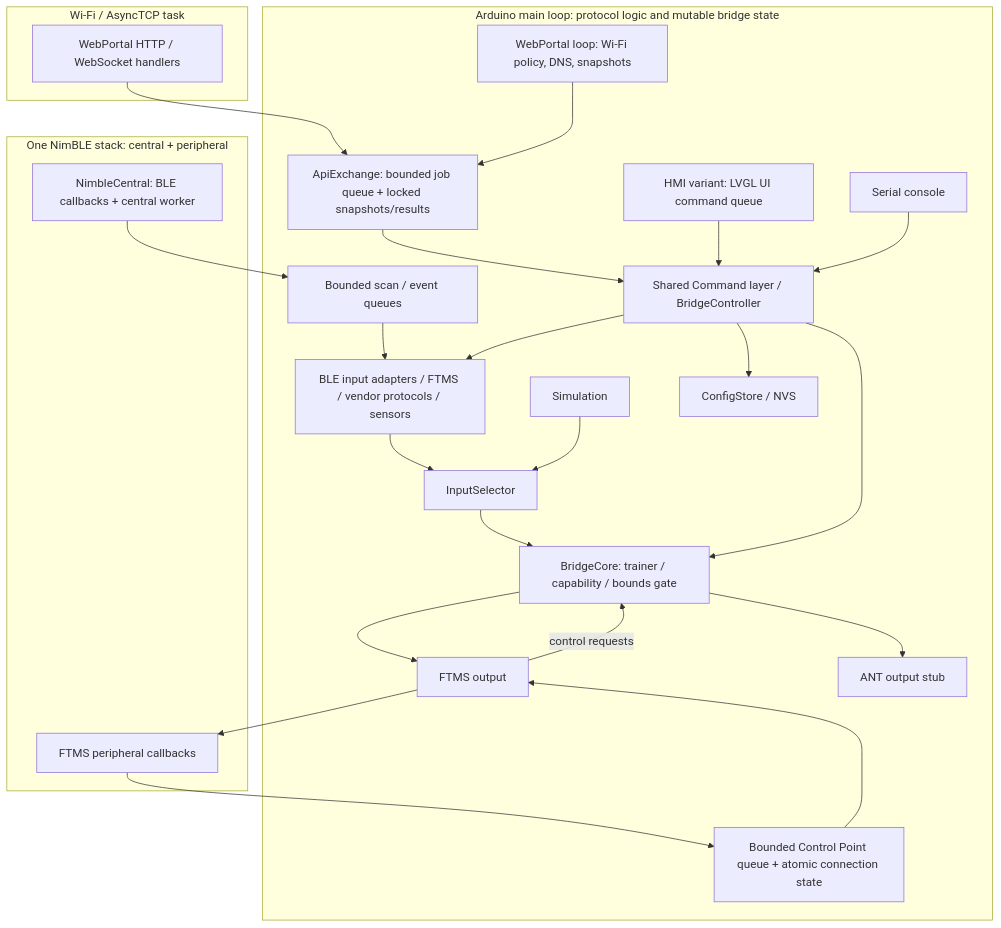
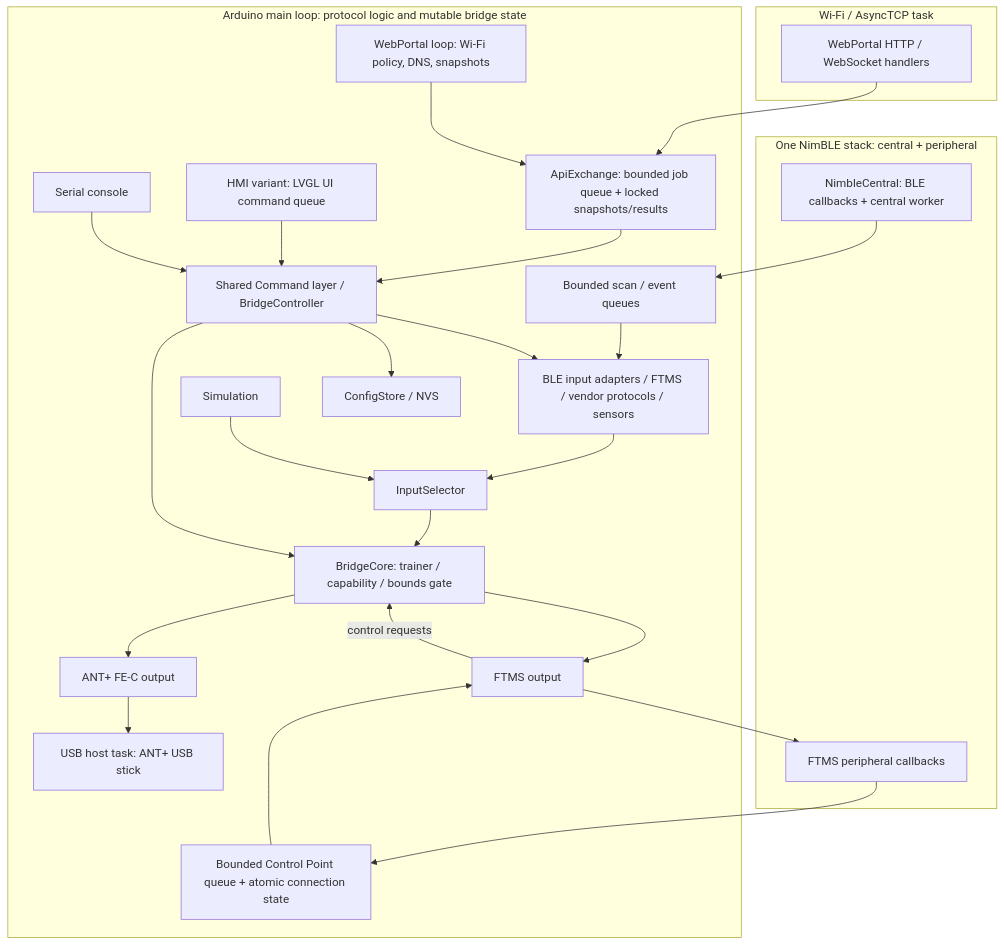
One commit to hubwerk/smartfitness-bridge changed the diagram in README.md. Above: the diagram before and after it, drawn with Mermaid. The commit also changed other lines of this file and 3 other files, not shown here.

Commit message:
Document ANT+ FE-C output and output protocol; add ramp-angle FTMS test

````diff
--- a/README.md
+++ b/README.md
@@ -211,31 +215,32 @@
 ```mermaid
 flowchart TD
   subgraph radio["One NimBLE stack: central + peripheral"]
     NC["NimbleCentral: BLE callbacks + central worker"]
     FP["FTMS peripheral callbacks"]
   end
   subgraph wifi["Wi-Fi / AsyncTCP task"]
     HTTP["WebPortal HTTP / WebSocket handlers"]
   end
   NC --> SQ["Bounded scan / event queues"]
   FP --> CQ["Bounded Control Point queue + atomic connection state"]
   HTTP --> API["ApiExchange: bounded job queue + locked snapshots/results"]
   subgraph loop["Arduino main loop: protocol logic and mutable bridge state"]
     SQ --> BLE["BLE input adapters / FTMS / vendor protocols / sensors"]
     BLE --> IS["InputSelector"]
     SIM["Simulation"] --> IS
     IS --> CORE["BridgeCore: trainer / capability / bounds gate"]
     CORE --> OUT["FTMS output"]
-    CORE --> ANT["ANT output stub"]
+    CORE --> ANT["ANT+ FE-C output"]
+    ANT --> USBH["USB host task: ANT+ USB stick"]
     API --> CMD["Shared Command layer / BridgeController"]
     HMI["HMI variant: LVGL UI command queue"] --> CMD
     CON["Serial console"] --> CMD
     CMD --> CORE
     CMD --> BLE
     CMD --> CFG["ConfigStore / NVS"]
     CQ --> OUT
     OUT -->|control requests| CORE
     WP["WebPortal loop: Wi-Fi policy, DNS, snapshots"] --> API
   end
   OUT --> FP
 ```
````
